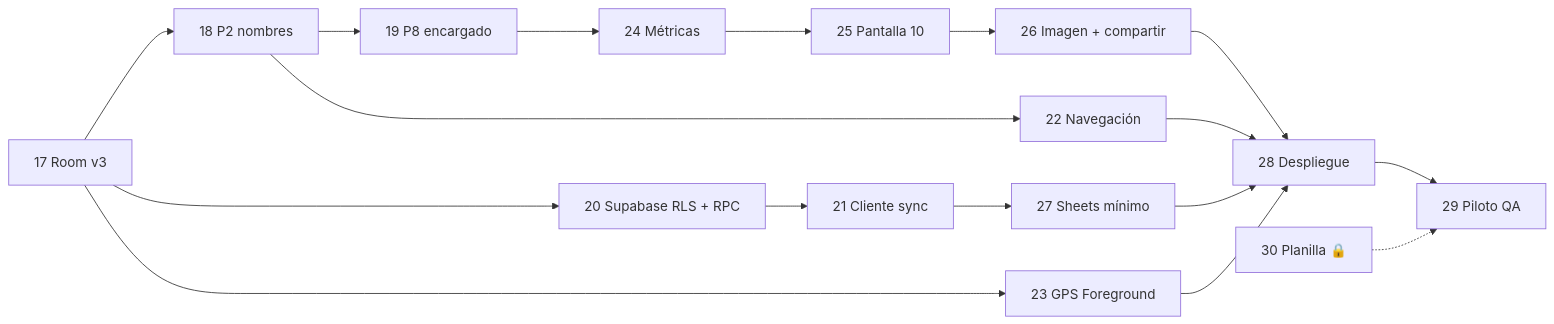
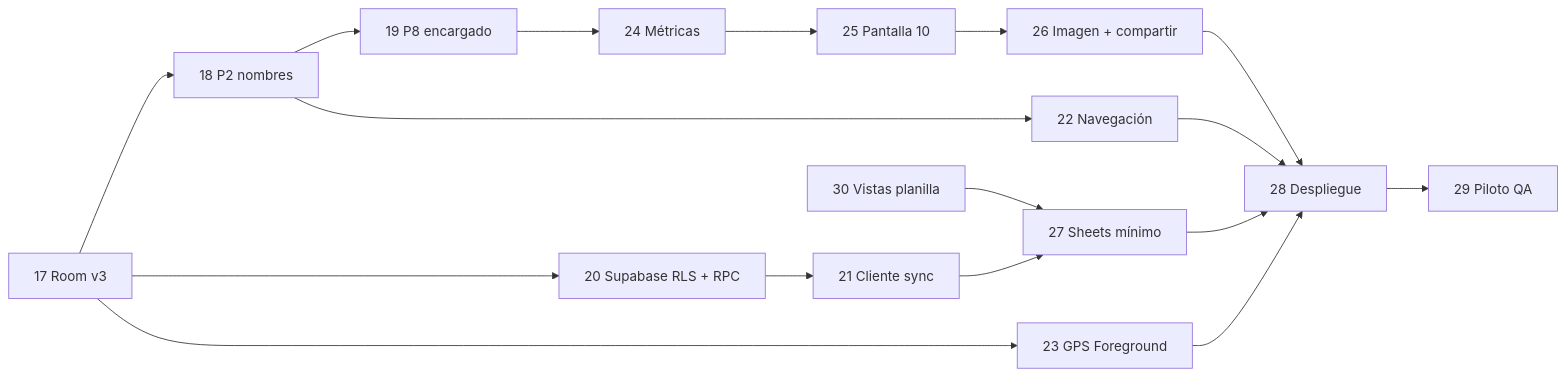
One commit to sebcorva/DTPL_App changed the diagram in docs/ISSUES.md. Above: the diagram before and after it, drawn with Mermaid. The commit also changed other lines of this file, not shown here.

Commit message:
docs: definir planilla KPI y conector v5 (ISSUE-30, ISSUE-27)

````diff
--- a/docs/ISSUES.md
+++ b/docs/ISSUES.md
@@ -592,19 +617,19 @@
 ```mermaid
 flowchart LR
     I17["17 Room v3"] --> I18["18 P2 nombres"]
     I18 --> I19["19 P8 encargado"]
     I17 --> I20["20 Supabase RLS + RPC"]
     I20 --> I21["21 Cliente sync"]
     I18 --> I22["22 Navegación"]
     I17 --> I23["23 GPS Foreground"]
     I19 --> I24["24 Métricas"]
     I24 --> I25["25 Pantalla 10"]
     I25 --> I26["26 Imagen + compartir"]
     I21 --> I27["27 Sheets mínimo"]
     I27 --> I28["28 Despliegue"]
     I22 --> I28
     I23 --> I28
     I26 --> I28
     I28 --> I29["29 Piloto QA"]
-    I30["30 Planilla 🔒"] -.-> I29
+    I30["30 Vistas planilla"] --> I27
 ```
````
